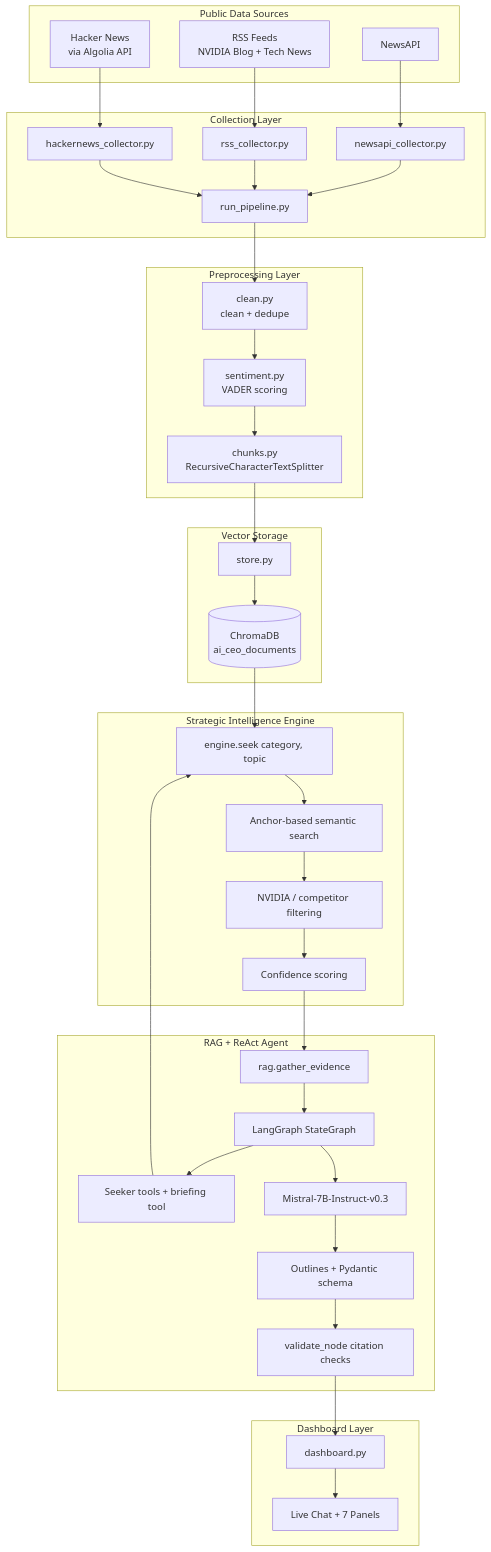
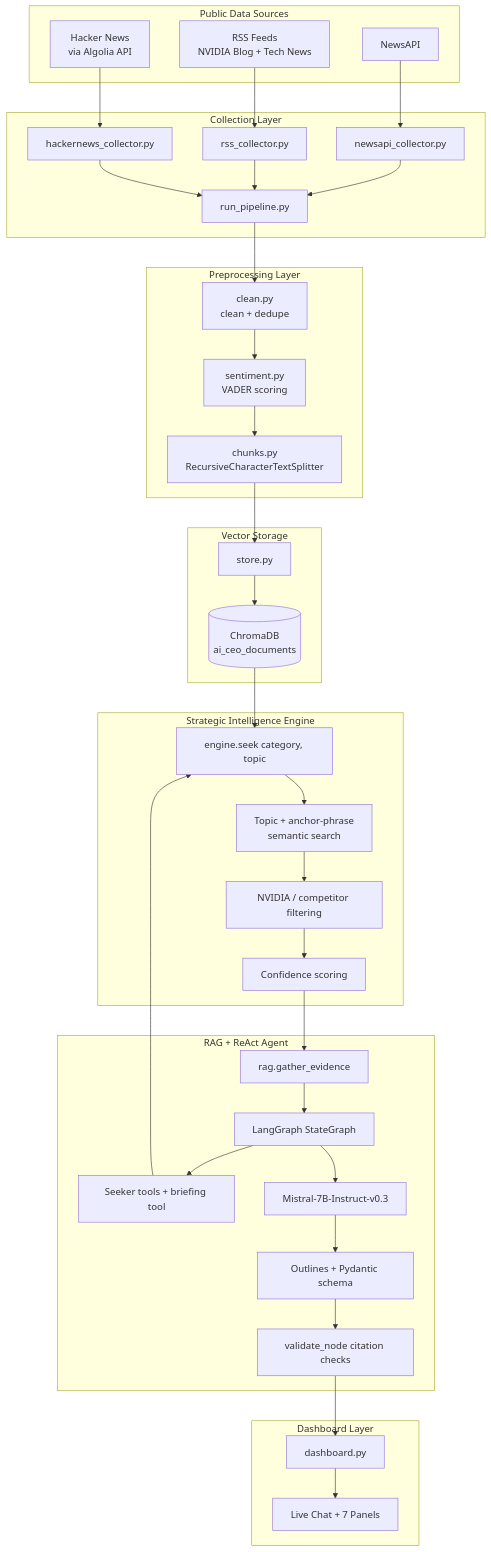
One commit to yuvrajghag5/AI-CEO changed the first of 2 diagrams in .ipynb_checkpoints/README-checkpoint.md. Above: the diagram before and after it, drawn with Mermaid. The commit also changed 1 other file, not shown here.

````diff
--- a/.ipynb_checkpoints/README-checkpoint.md
+++ b/.ipynb_checkpoints/README-checkpoint.md
@@ -76,58 +76,58 @@
 ```mermaid
 flowchart TD
     subgraph S[Public Data Sources]
         S1[NewsAPI]
         S2[RSS Feeds<br/>NVIDIA Blog + Tech News]
         S3[Hacker News<br/>via Algolia API]
     end
 
     subgraph C[Collection Layer]
         C1[newsapi_collector.py]
         C2[rss_collector.py]
         C3[hackernews_collector.py]
         C4[run_pipeline.py]
     end
 
     subgraph P[Preprocessing Layer]
         P1[clean.py<br/>clean + dedupe]
         P2[sentiment.py<br/>VADER scoring]
         P3[chunks.py<br/>RecursiveCharacterTextSplitter]
     end
 
     subgraph V[Vector Storage]
         V1[store.py]
         V2[(ChromaDB<br/>ai_ceo_documents)]
     end
 
     subgraph E[Strategic Intelligence Engine]
         E1[engine.seek category, topic]
-        E2[Anchor-based semantic search]
+        E2[Topic + anchor-phrase<br/>semantic search]
         E3[NVIDIA / competitor filtering]
         E4[Confidence scoring]
     end
 
     subgraph G[RAG + ReAct Agent]
         G1[rag.gather_evidence]
         G2[LangGraph StateGraph]
         G3[Seeker tools + briefing tool]
         G4[Mistral-7B-Instruct-v0.3]
         G5[Outlines + Pydantic schema]
         G6[validate_node citation checks]
     end
 
     subgraph D[Dashboard Layer]
         D1[dashboard.py]
         D2[Live Chat + 7 Panels]
     end
 
     S1 --> C1 --> C4
     S2 --> C2 --> C4
     S3 --> C3 --> C4
     C4 --> P1 --> P2 --> P3 --> V1 --> V2
 
     V2 --> E1 --> E2 --> E3 --> E4
     E4 --> G1 --> G2
     G2 --> G3 --> E1
     G2 --> G4 --> G5 --> G6
     G6 --> D1 --> D2
 ```
````
